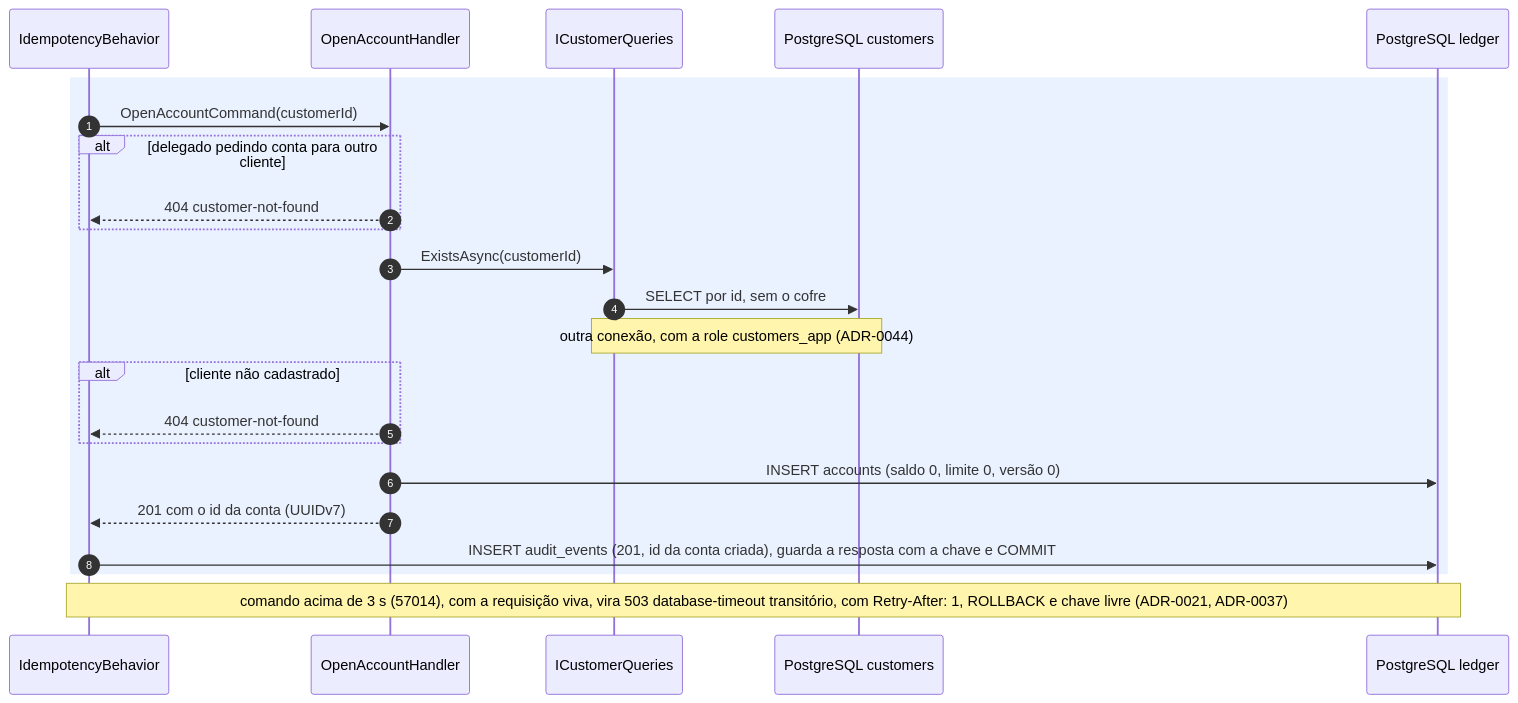
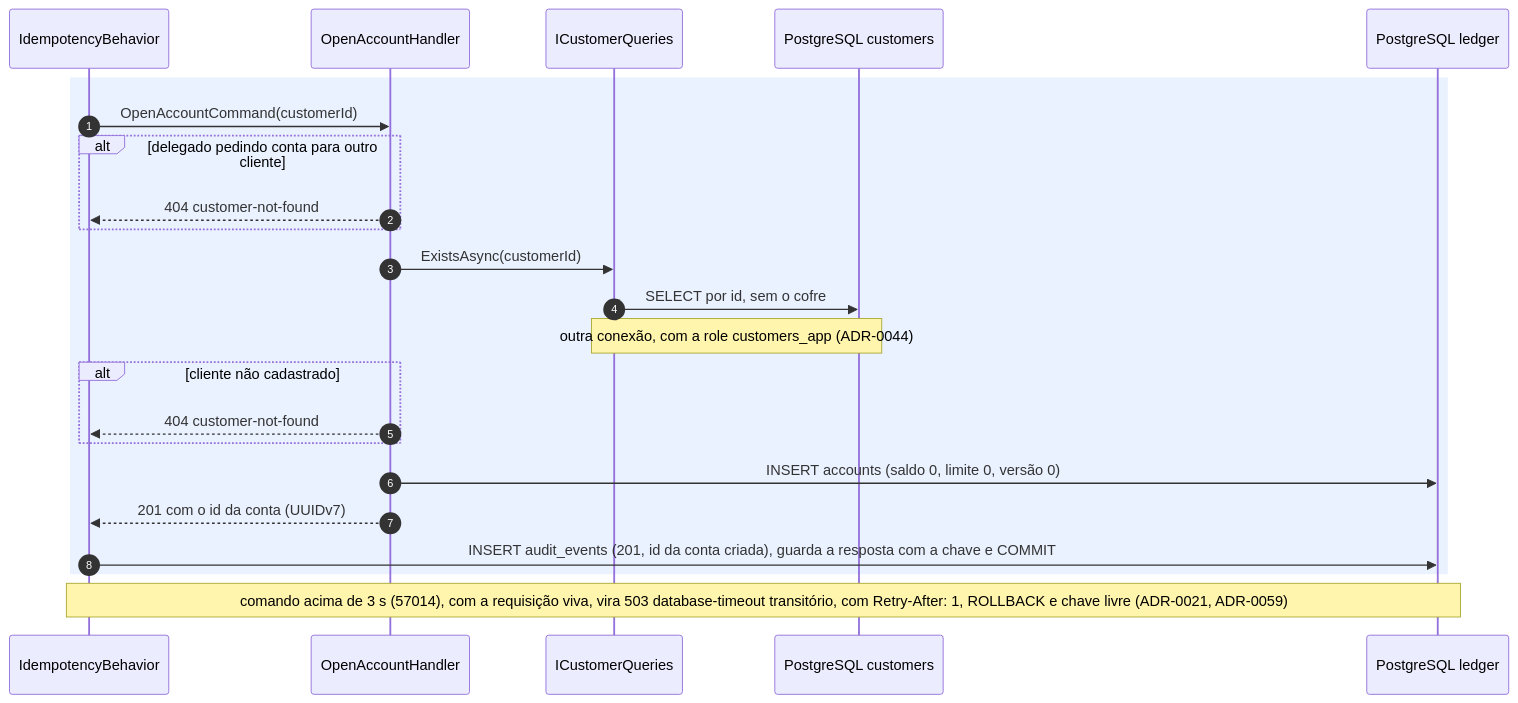
One commit to arthuurw/desafio-arquiteto-keyrus changed the third of 8 diagrams in docs/arquitetura/fluxos-ledger.md. Above: the diagram before and after it, drawn with Mermaid. The commit also changed other lines of this file and 73 other files, not shown here.

````diff
--- a/docs/arquitetura/fluxos-ledger.md
+++ b/docs/arquitetura/fluxos-ledger.md
@@ -140,26 +140,26 @@
 ```mermaid
 sequenceDiagram
   autonumber
   participant B as IdempotencyBehavior
   participant H as OpenAccountHandler
   participant CQ as ICustomerQueries
   participant PGC as PostgreSQL customers
   participant DB as PostgreSQL ledger
 
   rect rgba(80, 140, 255, 0.12)
     B->>H: OpenAccountCommand(customerId)
     alt delegado pedindo conta para outro cliente
       H-->>B: 404 customer-not-found
     end
     H->>CQ: ExistsAsync(customerId)
     CQ->>PGC: SELECT por id, sem o cofre
     Note over CQ,PGC: outra conexão, com a role customers_app (ADR-0044)
     alt cliente não cadastrado
       H-->>B: 404 customer-not-found
     end
     H->>DB: INSERT accounts (saldo 0, limite 0, versão 0)
     H-->>B: 201 com o id da conta (UUIDv7)
     B->>DB: INSERT audit_events (201, id da conta criada), guarda a resposta com a chave e COMMIT
   end
-  Note over B,DB: comando acima de 3 s (57014), com a requisição viva, vira 503 database-timeout transitório, com Retry-After: 1, ROLLBACK e chave livre (ADR-0021, ADR-0037)
+  Note over B,DB: comando acima de 3 s (57014), com a requisição viva, vira 503 database-timeout transitório, com Retry-After: 1, ROLLBACK e chave livre (ADR-0021, ADR-0059)
 ```
````
